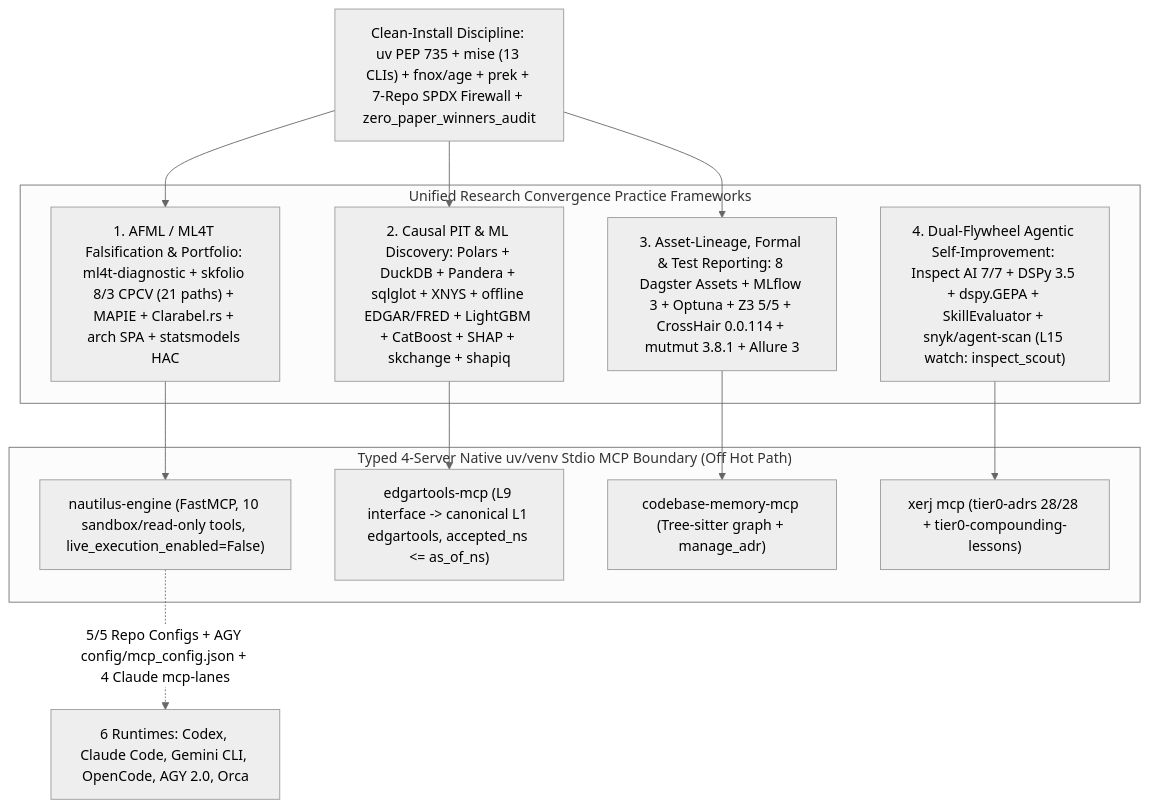
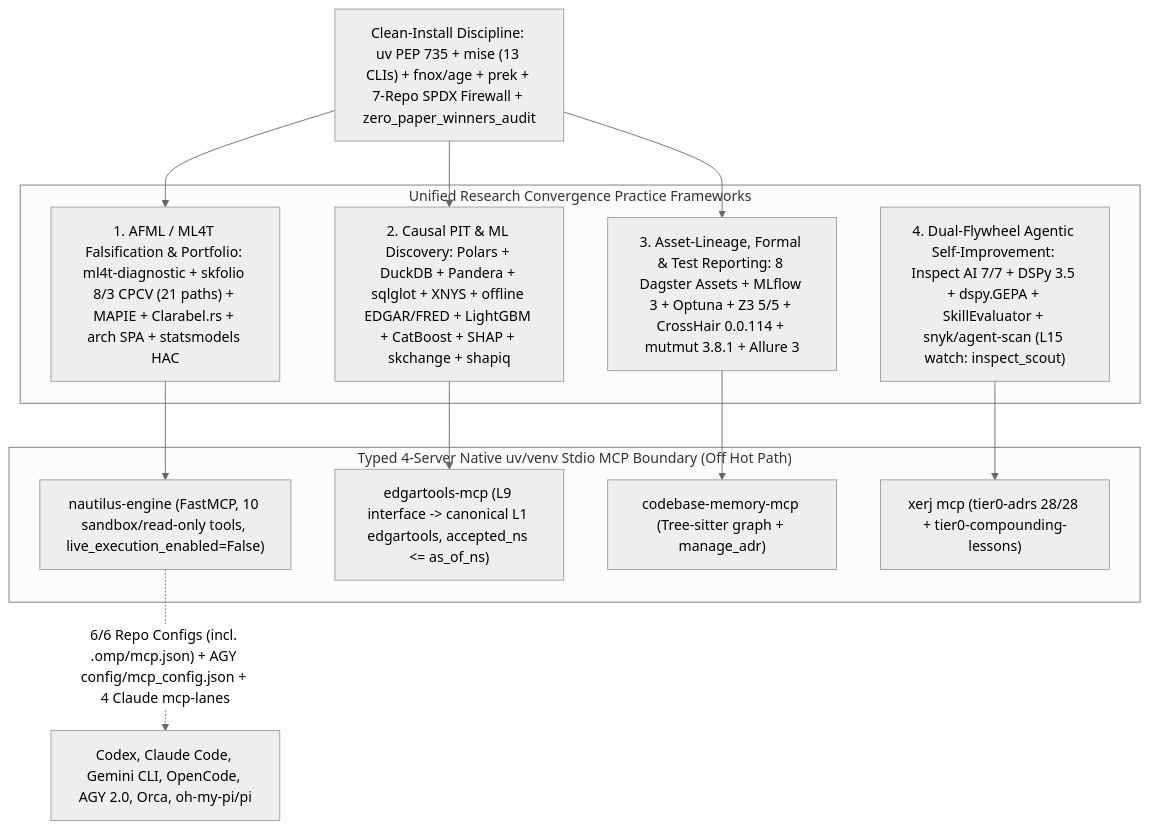
Before and after one commit to seathatflowsinourveins/noesis: the diagram in docs/adr/ADR-0025.md, drawn with Mermaid (neutral theme). The commit also changed other lines of this file and 40 other files, not shown here.

Commit message:
feat(harness): enact 4-runtime 7/7 workers (OMP/Pi, Codex, OpenCode, CC), 6/6 MCP parity, Trivy SPDX gate, watch triggers & pure upstream tearsheets (#6)

````diff
--- a/docs/adr/ADR-0025.md
+++ b/docs/adr/ADR-0025.md
@@ -85,23 +97,23 @@
 ```mermaid
 flowchart TD
     CI["Clean-Install Discipline: uv PEP 735 + mise (13 CLIs) + fnox/age + prek + 7-Repo SPDX Firewall + zero_paper_winners_audit"] --> P1
     CI --> P2
     CI --> P3
     subgraph RF ["Unified Research Convergence Practice Frameworks"]
         P1["1. AFML / ML4T Falsification & Portfolio: ml4t-diagnostic + skfolio 8/3 CPCV (21 paths) + MAPIE + Clarabel.rs + arch SPA + statsmodels HAC"]
         P2["2. Causal PIT & ML Discovery: Polars + DuckDB + Pandera + sqlglot + XNYS + offline EDGAR/FRED + LightGBM + CatBoost + SHAP + skchange + shapiq"]
         P3["3. Asset-Lineage, Formal & Test Reporting: 8 Dagster Assets + MLflow 3 + Optuna + Z3 5/5 + CrossHair 0.0.114 + mutmut 3.8.1 + Allure 3"]
         P4["4. Dual-Flywheel Agentic Self-Improvement: Inspect AI 7/7 + DSPy 3.5 + dspy.GEPA + SkillEvaluator + snyk/agent-scan (L15 watch: inspect_scout)"]
     end
     subgraph MCP ["Typed 4-Server Native uv/venv Stdio MCP Boundary (Off Hot Path)"]
         M1["nautilus-engine (FastMCP, 10 sandbox/read-only tools, live_execution_enabled=False)"]
         M2["edgartools-mcp (L9 interface -> canonical L1 edgartools, accepted_ns <= as_of_ns)"]
         M3["codebase-memory-mcp (Tree-sitter graph + manage_adr)"]
         M4["xerj mcp (tier0-adrs 28/28 + tier0-compounding-lessons)"]
     end
     P1 --> M1
     P2 --> M2
     P3 --> M3
     P4 --> M4
-    M1 -. "5/5 Repo Configs + AGY config/mcp_config.json + 4 Claude mcp-lanes" .-> RUN["6 Runtimes: Codex, Claude Code, Gemini CLI, OpenCode, AGY 2.0, Orca"]
+    M1 -. "6/6 Repo Configs (incl. .omp/mcp.json) + AGY config/mcp_config.json + 4 Claude mcp-lanes" .-> RUN["Codex, Claude Code, Gemini CLI, OpenCode, AGY 2.0, Orca, oh-my-pi/pi"]
 ```
````
